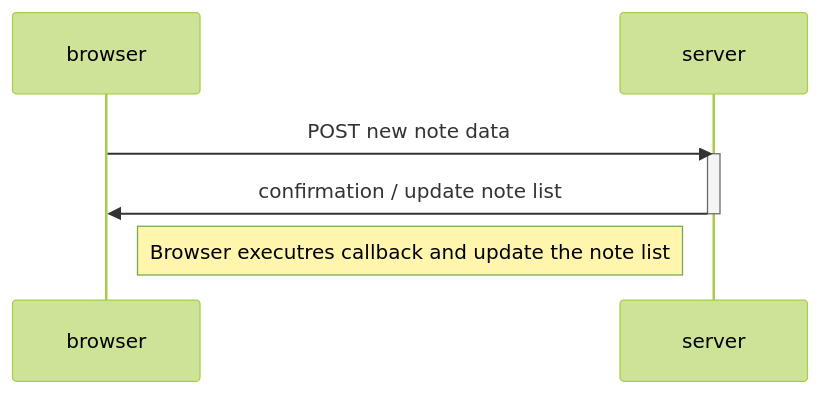
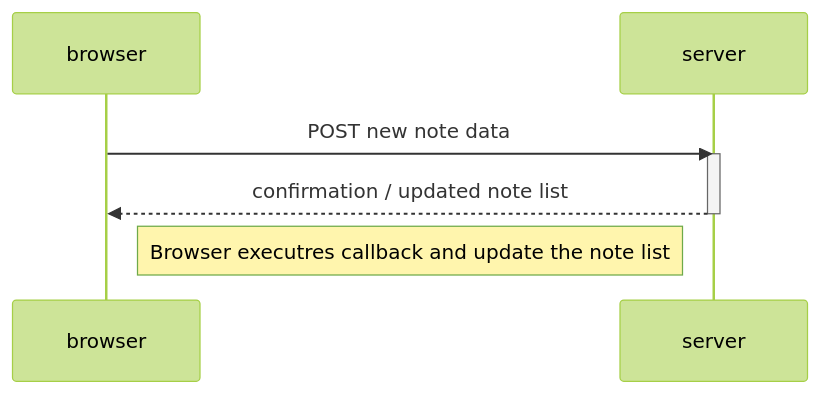
The diagram in part0/0.4-new-note-diagram.md (Juansuperway/fullstackopen), drawn with Mermaid (forest theme) before and after one commit.

Commit message:
Diagram correction - excercise 0.4: creating a new note

````diff
--- a/part0/0.4-new-note-diagram.md
+++ b/part0/0.4-new-note-diagram.md
@@ -1,12 +1,12 @@
 ```mermaid
 sequenceDiagram
     participant browser
     participant server
 
     browser->>server: POST new note data
     activate server
-    server->>browser: confirmation / update note list
+    server-->>browser: confirmation / updated note list
     deactivate server
 
-    note right of browser: Browser executres callback and update the note list
+    Note right of browser: Browser executres callback and update the note list
 ```
````
